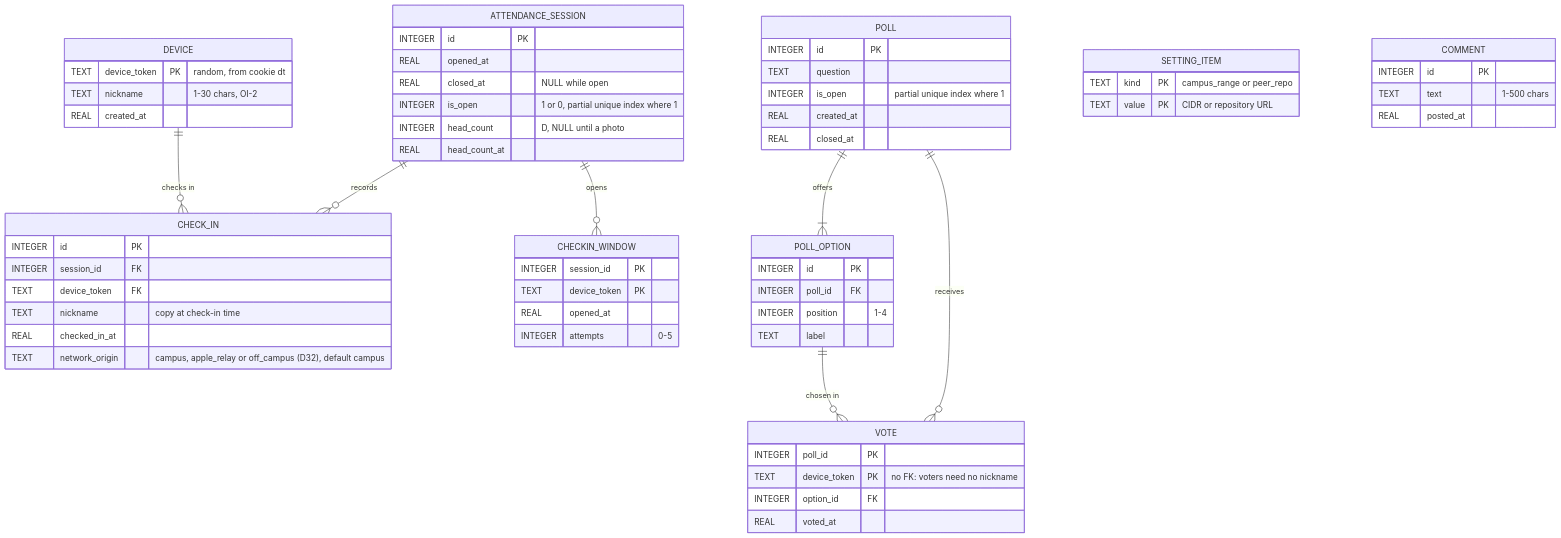
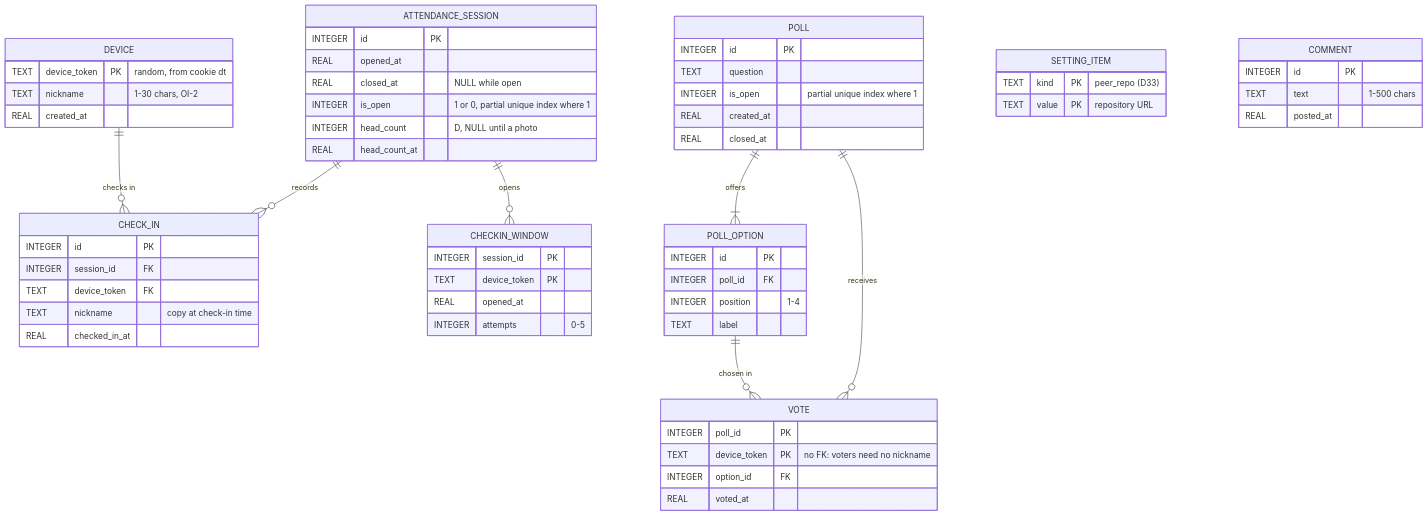
Before and after one commit to ronsarfati/EX2-Teaching-Tool: diagram 18 of 18 in docs/design.md, drawn with Mermaid. The commit also changed other lines of this file and 2 other files, not shown here.

````diff
--- a/docs/design.md
+++ b/docs/design.md
@@ -1484,65 +1282,64 @@
 ```mermaid
 erDiagram
   ATTENDANCE_SESSION ||--o{ CHECK_IN : records
   DEVICE ||--o{ CHECK_IN : "checks in"
   ATTENDANCE_SESSION ||--o{ CHECKIN_WINDOW : "opens"
   POLL ||--|{ POLL_OPTION : offers
   POLL ||--o{ VOTE : receives
   POLL_OPTION ||--o{ VOTE : "chosen in"
 
   ATTENDANCE_SESSION {
     INTEGER id PK
     REAL opened_at
     REAL closed_at "NULL while open"
     INTEGER is_open "1 or 0, partial unique index where 1"
     INTEGER head_count "D, NULL until a photo"
     REAL head_count_at
   }
   DEVICE {
     TEXT device_token PK "random, from cookie dt"
     TEXT nickname "1-30 chars, OI-2"
     REAL created_at
   }
   CHECK_IN {
     INTEGER id PK
     INTEGER session_id FK
     TEXT device_token FK
     TEXT nickname "copy at check-in time"
     REAL checked_in_at
-    TEXT network_origin "campus, apple_relay or off_campus (D32), default campus"
   }
   CHECKIN_WINDOW {
     INTEGER session_id PK
     TEXT device_token PK
     REAL opened_at
     INTEGER attempts "0-5"
   }
   SETTING_ITEM {
-    TEXT kind PK "campus_range or peer_repo"
-    TEXT value PK "CIDR or repository URL"
+    TEXT kind PK "peer_repo (D33)"
+    TEXT value PK "repository URL"
   }
   COMMENT {
     INTEGER id PK
     TEXT text "1-500 chars"
     REAL posted_at
   }
   POLL {
     INTEGER id PK
     TEXT question
     INTEGER is_open "partial unique index where 1"
     REAL created_at
     REAL closed_at
   }
   POLL_OPTION {
     INTEGER id PK
     INTEGER poll_id FK
     INTEGER position "1-4"
     TEXT label
   }
   VOTE {
     INTEGER poll_id PK
     TEXT device_token PK "no FK: voters need no nickname"
     INTEGER option_id FK
     REAL voted_at
   }
 ```
````
